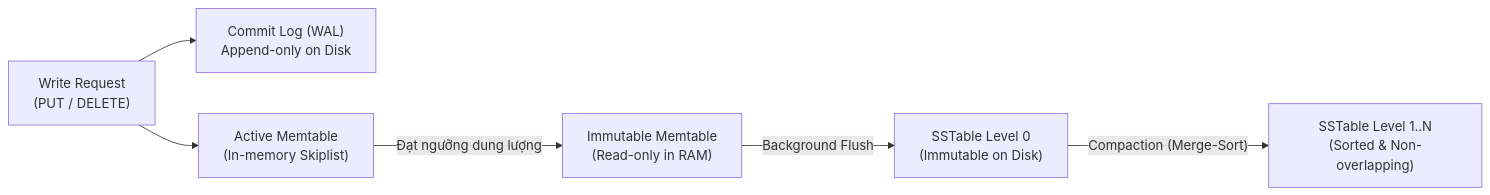
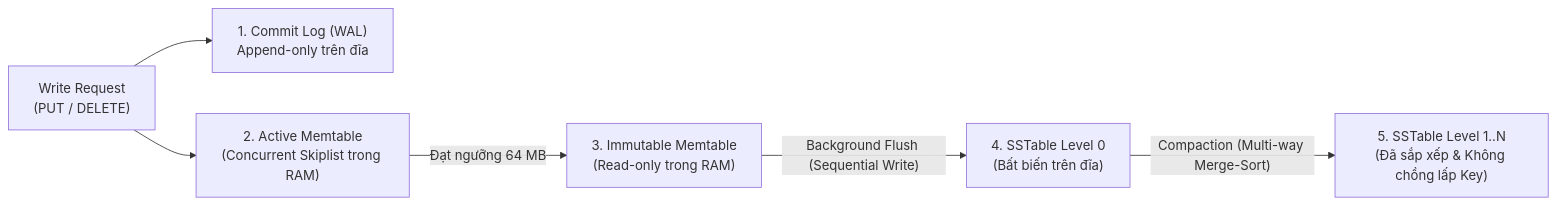
One commit to namaewanam/namaewanam.github.io changed the first of 4 diagrams in docs/Database-Internals-Notes/database-internals-chapter7.vi.md. Above: the diagram before and after it, drawn with Mermaid. The commit also changed other lines of this file and 29 other files, not shown here.

````diff
--- a/docs/Database-Internals-Notes/database-internals-chapter7.vi.md
+++ b/docs/Database-Internals-Notes/database-internals-chapter7.vi.md
@@ -24,8 +38,8 @@
 ```mermaid
 flowchart LR
-    WriteReq["Write Request<br/>(PUT / DELETE)"] --> WAL["Commit Log (WAL)<br/>Append-only on Disk"]
-    WriteReq --> Memtable["Active Memtable<br/>(In-memory Skiplist)"]
-    Memtable -->|"Đạt ngưỡng dung lượng"| ImmMem["Immutable Memtable<br/>(Read-only in RAM)"]
-    ImmMem -->|"Background Flush"| L0["SSTable Level 0<br/>(Immutable on Disk)"]
-    L0 -->|"Compaction (Merge-Sort)"| L1["SSTable Level 1..N<br/>(Sorted & Non-overlapping)"]
+    WriteReq["Write Request<br/>(PUT / DELETE)"] --> WAL["1. Commit Log (WAL)<br/>Append-only trên đĩa"]
+    WriteReq --> Memtable["2. Active Memtable<br/>(Concurrent Skiplist trong RAM)"]
+    Memtable -->|"Đạt ngưỡng 64 MB"| ImmMem["3. Immutable Memtable<br/>(Read-only trong RAM)"]
+    ImmMem -->|"Background Flush (Sequential Write)"| L0["4. SSTable Level 0<br/>(Bất biến trên đĩa)"]
+    L0 -->|"Compaction (Multi-way Merge-Sort)"| L1["5. SSTable Level 1..N<br/>(Đã sắp xếp & Không chồng lấp Key)"]
 ```
````
